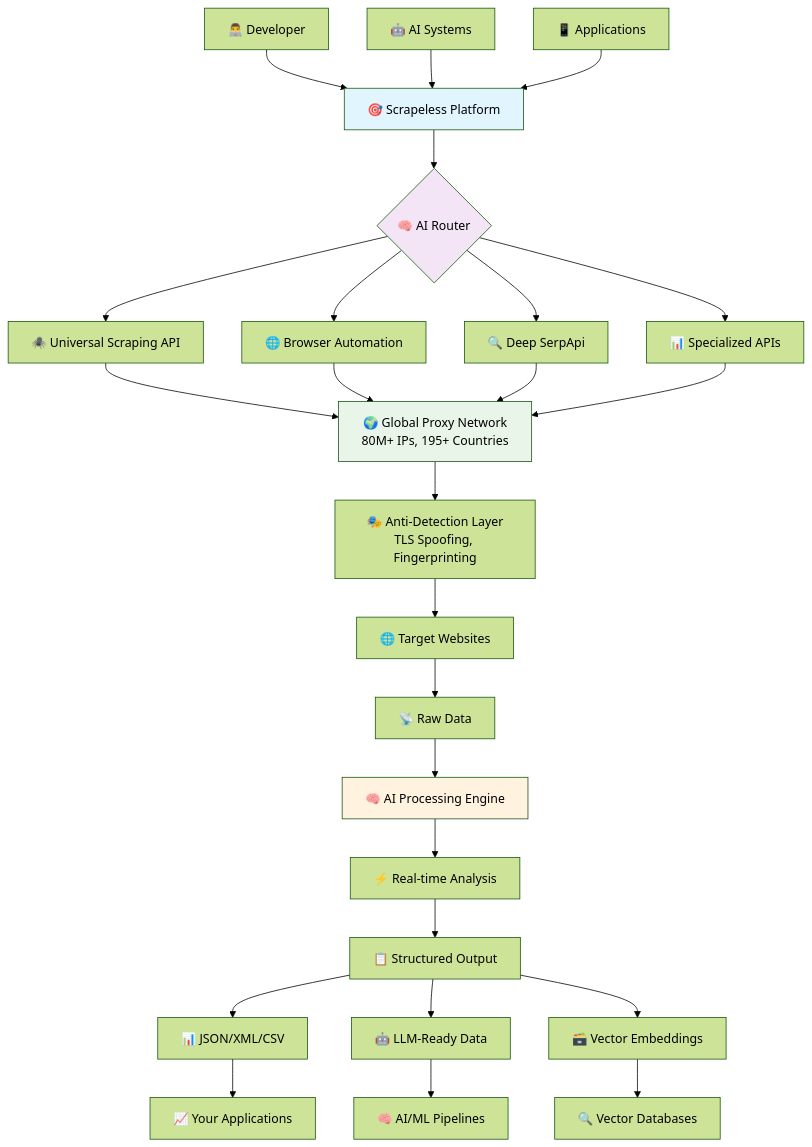
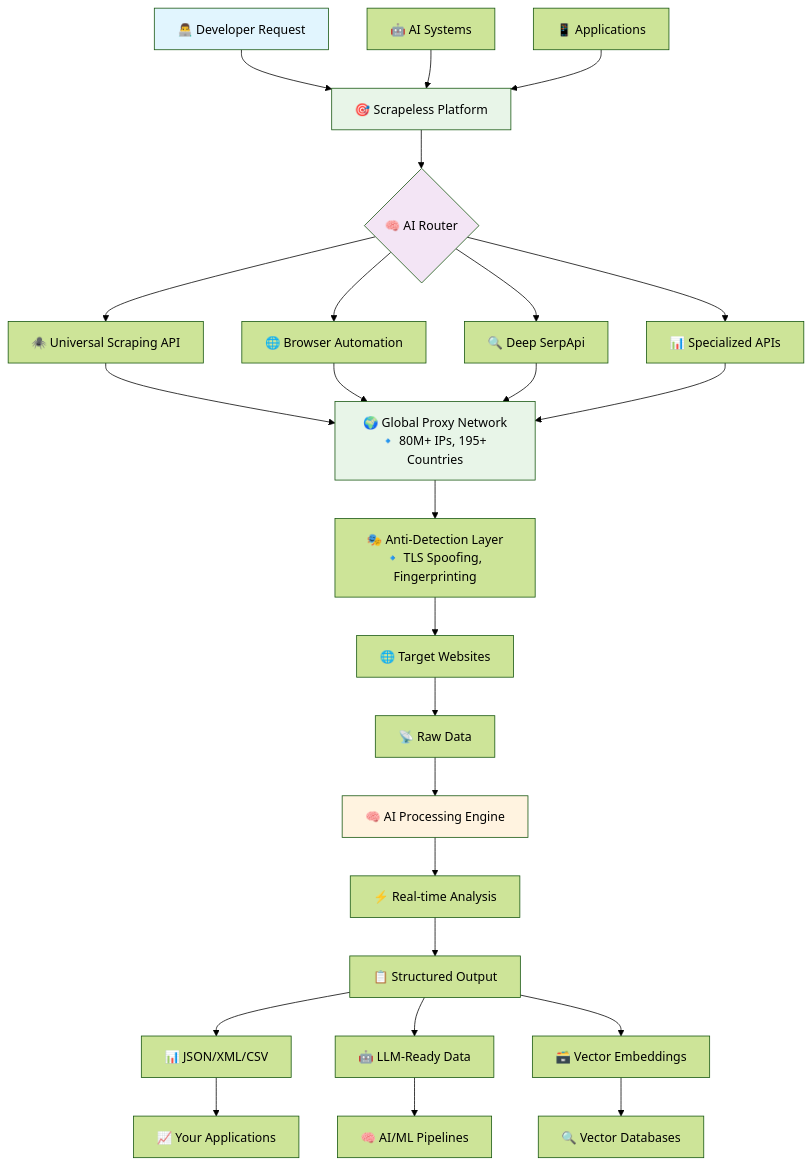
Before and after one commit to itsOwen/scrapeless: the second of 10 diagrams in README.md, drawn with Mermaid (forest theme). The commit also changed other lines of this file, not shown here.

````diff
--- a/README.md
+++ b/README.md
@@ -557,39 +102,40 @@
 ```mermaid
 flowchart TD
-    A[👨‍💻 Developer] --> B[🎯 Scrapeless Platform]
+    A[👨‍💻 Developer Request] --> B[🎯 Scrapeless Platform]
     C[🤖 AI Systems] --> B
     D[📱 Applications] --> B
     
     B --> E{🧠 AI Router}
     
     E --> F[🕷️ Universal Scraping API]
     E --> G[🌐 Browser Automation] 
     E --> H[🔍 Deep SerpApi]
     E --> I[📊 Specialized APIs]
     
-    F --> J[🌍 Global Proxy Network<br/>80M+ IPs, 195+ Countries]
+    F --> J[🌍 Global Proxy Network<br/>🔹 80M+ IPs, 195+ Countries]
     G --> J
     H --> J
     I --> J
     
-    J --> K[🎭 Anti-Detection Layer<br/>TLS Spoofing, Fingerprinting]
+    J --> K[🎭 Anti-Detection Layer<br/>🔹 TLS Spoofing, Fingerprinting]
     K --> L[🌐 Target Websites]
     
     L --> M[📡 Raw Data]
     M --> N[🧠 AI Processing Engine]
     N --> O[⚡ Real-time Analysis]
     O --> P[📋 Structured Output]
     
     P --> Q[📊 JSON/XML/CSV]
     P --> R[🤖 LLM-Ready Data]
     P --> S[🗃️ Vector Embeddings]
     
     Q --> T[📈 Your Applications]
     R --> U[🧠 AI/ML Pipelines]
     S --> V[🔍 Vector Databases]
     
-    style B fill:#e1f5fe
+    style A fill:#e1f5fe
+    style B fill:#e8f5e8
     style E fill:#f3e5f5
     style J fill:#e8f5e8
     style N fill:#fff3e0
 ```
````
